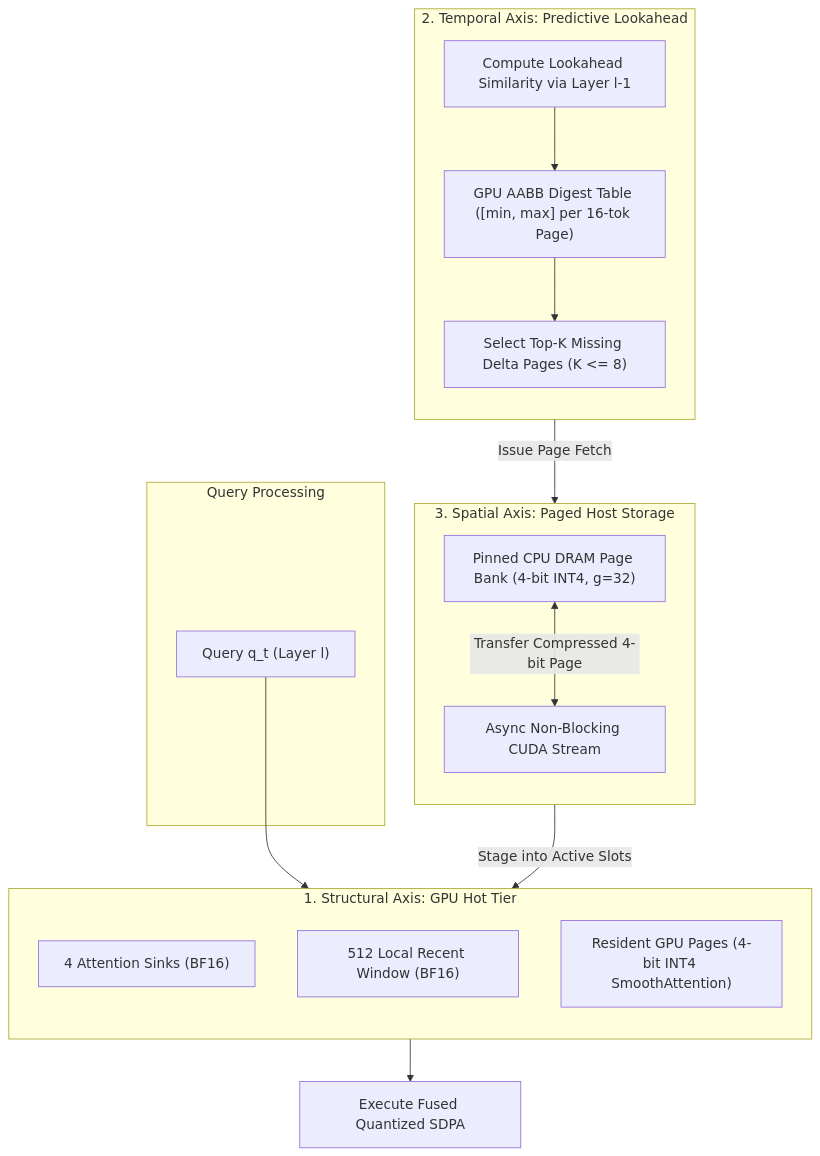
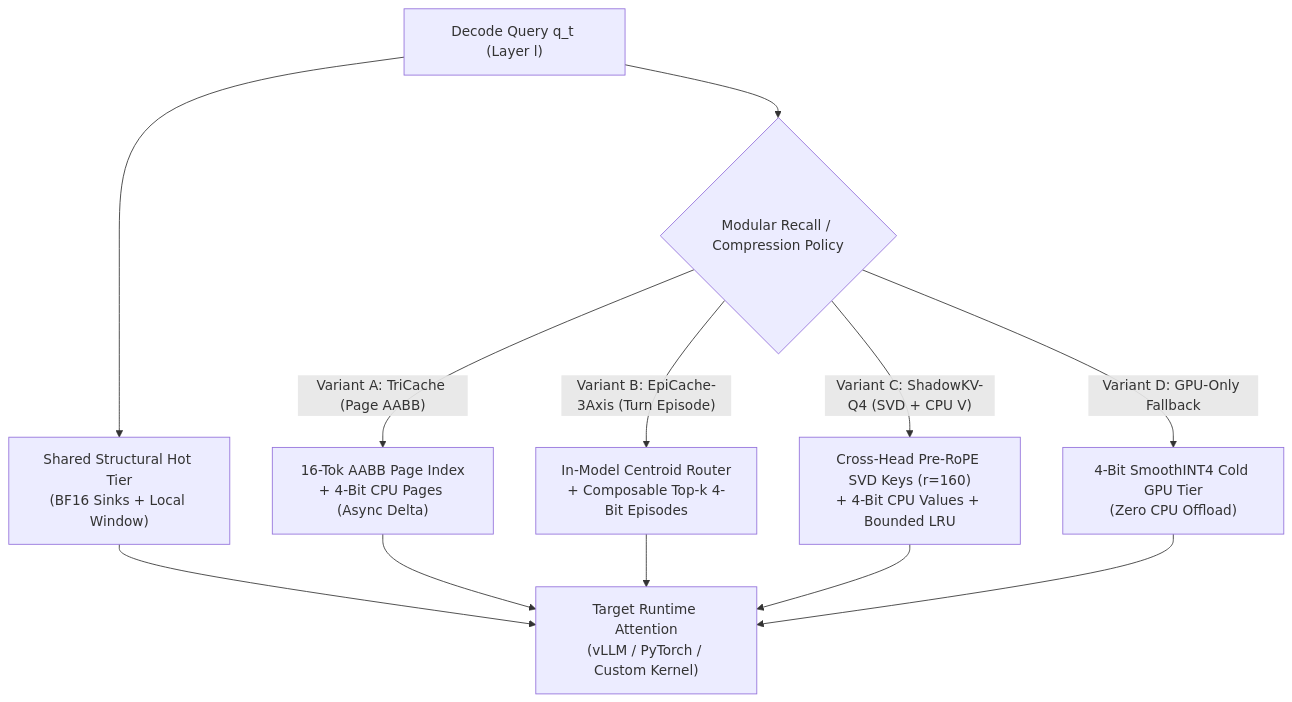
One commit to New-Sirawat/kv_co-op_hub changed the seventh of 7 diagrams in deliverables/s1_progress_report/SEMESTER_1_PROGRESS_REPORT_DRAFT.md. Above: the diagram before and after it, drawn with Mermaid. The commit also changed other lines of this file and 2 other files, not shown here.

````diff
--- a/deliverables/s1_progress_report/SEMESTER_1_PROGRESS_REPORT_DRAFT.md
+++ b/deliverables/s1_progress_report/SEMESTER_1_PROGRESS_REPORT_DRAFT.md
@@ -835,33 +835,16 @@
 ```mermaid
 flowchart TD
-    subgraph INPUT["Query Processing"]
-        Query["Query q_t (Layer l)"]
-    end
+    Q["Decode Query q_t (Layer l)"] --> Hot["Shared Structural Hot Tier<br/>(BF16 Sinks + Local Window)"]
+    Q --> Router{"Modular Recall / Compression Policy"}
 
-    subgraph HOT_TIER["1. Structural Axis: GPU Hot Tier"]
-        direction TB
-        Sinks["4 Attention Sinks (BF16)"]
-        Recent["512 Local Recent Window (BF16)"]
-        Resident["Resident GPU Pages (4-bit INT4 SmoothAttention)"]
-    end
+    Router -->|"Variant A: TriCache (Page AABB)"| AABB["16-Tok AABB Page Index<br/>+ 4-Bit CPU Pages (Async Delta)"]
+    Router -->|"Variant B: EpiCache-3Axis (Turn Episode)"| Epi["In-Model Centroid Router<br/>+ Composable Top-k 4-Bit Episodes"]
+    Router -->|"Variant C: ShadowKV-Q4 (SVD + CPU V)"| SVD["Cross-Head Pre-RoPE SVD Keys (r=160)<br/>+ 4-Bit CPU Values + Bounded LRU"]
+    Router -->|"Variant D: GPU-Only Fallback"| Smooth["4-Bit SmoothINT4 Cold GPU Tier<br/>(Zero CPU Offload)"]
 
-    subgraph INDEX_TIER["2. Temporal Axis: Predictive Lookahead"]
-        direction TB
-        AABB_Calc["Compute Lookahead Similarity via Layer l-1"]
-        AABB_Table["GPU AABB Digest Table ([min, max] per 16-tok Page)"]
-        Select["Select Top-K Missing Delta Pages (K <= 8)"]
-        AABB_Calc --> AABB_Table --> Select
-    end
-
-    subgraph HOST_TIER["3. Spatial Axis: Paged Host Storage"]
-        direction TB
-        CPU_Pages["Pinned CPU DRAM Page Bank (4-bit INT4, g=32)"]
-        Async_Stream["Async Non-Blocking CUDA Stream"]
-        Select -->|"Issue Page Fetch"| Async_Stream
-        CPU_Pages <-->|"Transfer Compressed 4-bit Page"| Async_Stream
-    end
-
-    Query --> HOT_TIER
-    Async_Stream -->|"Stage into Active Slots"| Resident
-    HOT_TIER --> SDPA["Execute Fused Quantized SDPA"]
+    Hot --> Attn["Target Runtime Attention<br/>(vLLM / PyTorch / Custom Kernel)"]
+    AABB --> Attn
+    Epi --> Attn
+    SVD --> Attn
+    Smooth --> Attn
 ```
````
